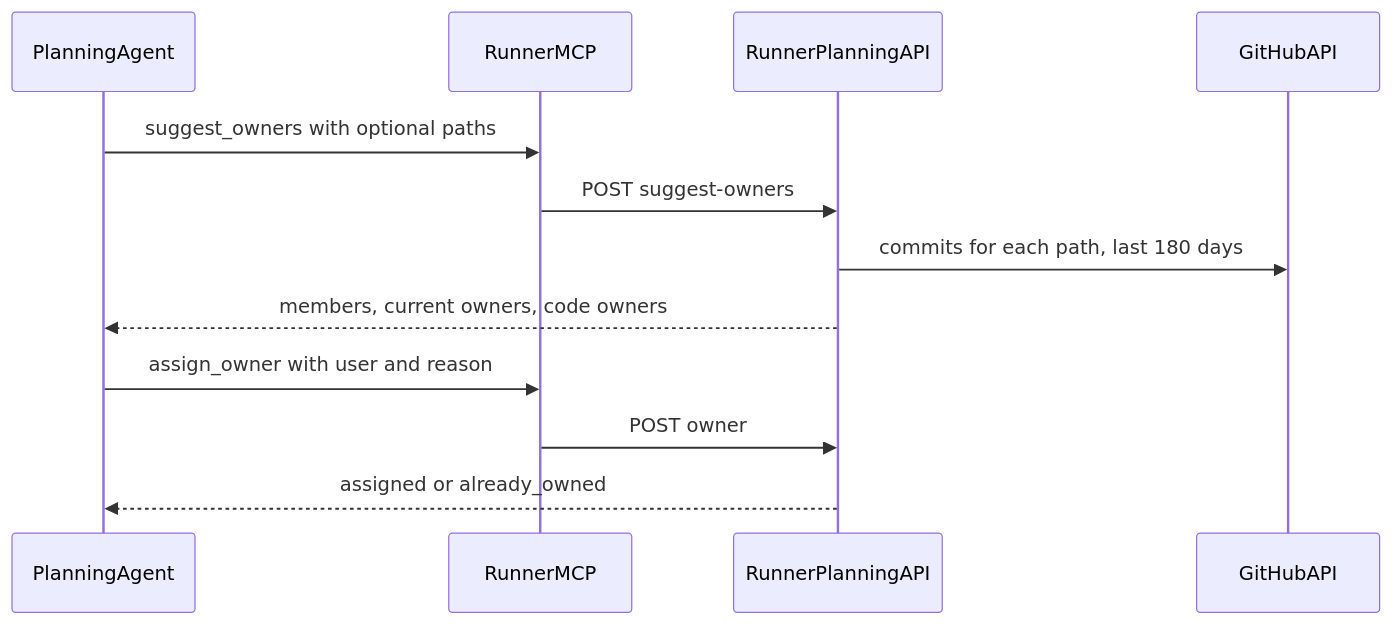
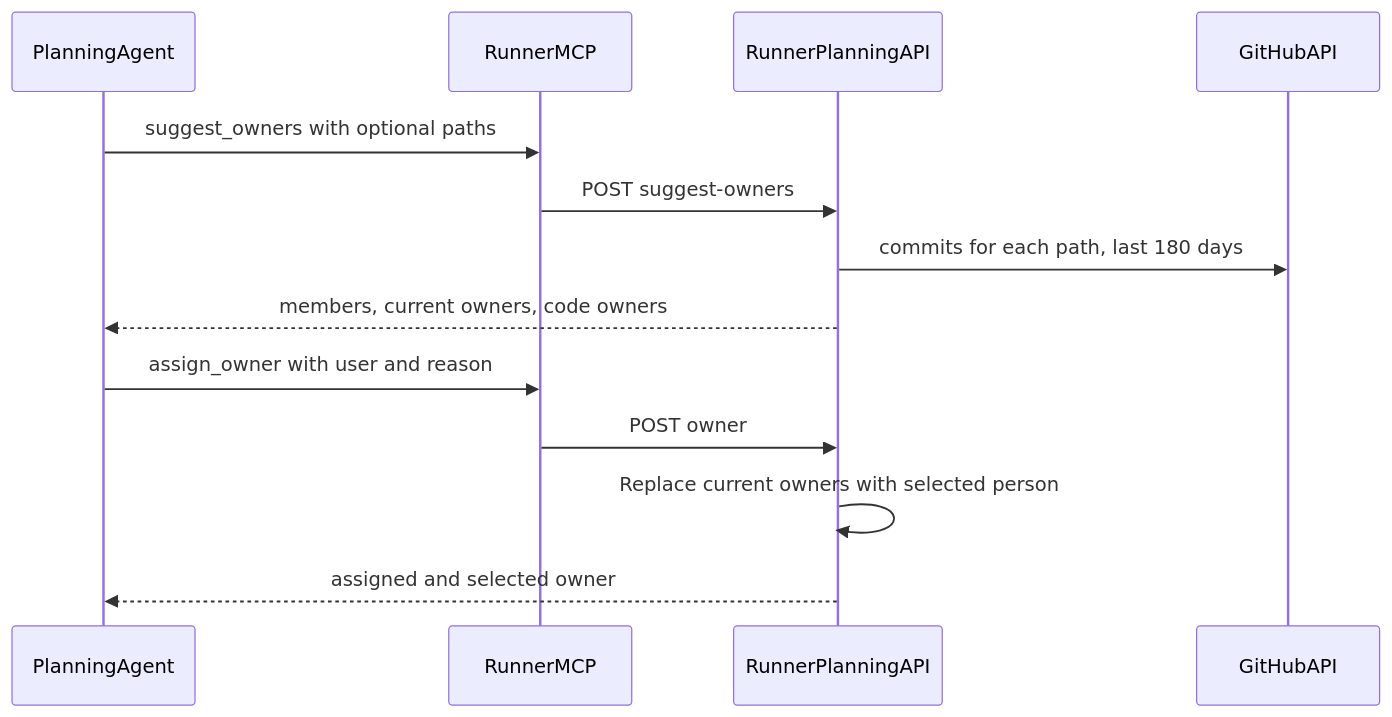
One commit to superplanehq/superplane changed the diagram in docs/prd/intelligent-task-assignment.md. Above: the diagram before and after it, drawn with Mermaid. The commit also changed other lines of this file and 5 other files, not shown here.

First line of the commit message:
fix: Replace task owners during planning

````diff
--- a/docs/prd/intelligent-task-assignment.md
+++ b/docs/prd/intelligent-task-assignment.md
@@ -51,14 +51,15 @@
 ```mermaid
 sequenceDiagram
   participant Agent as PlanningAgent
   participant MCP as RunnerMCP
   participant API as RunnerPlanningAPI
   participant GH as GitHubAPI
   Agent->>MCP: suggest_owners with optional paths
   MCP->>API: POST suggest-owners
   API->>GH: commits for each path, last 180 days
   API-->>Agent: members, current owners, code owners
   Agent->>MCP: assign_owner with user and reason
   MCP->>API: POST owner
-  API-->>Agent: assigned or already_owned
+  API->>API: Replace current owners with selected person
+  API-->>Agent: assigned and selected owner
 ```
````
